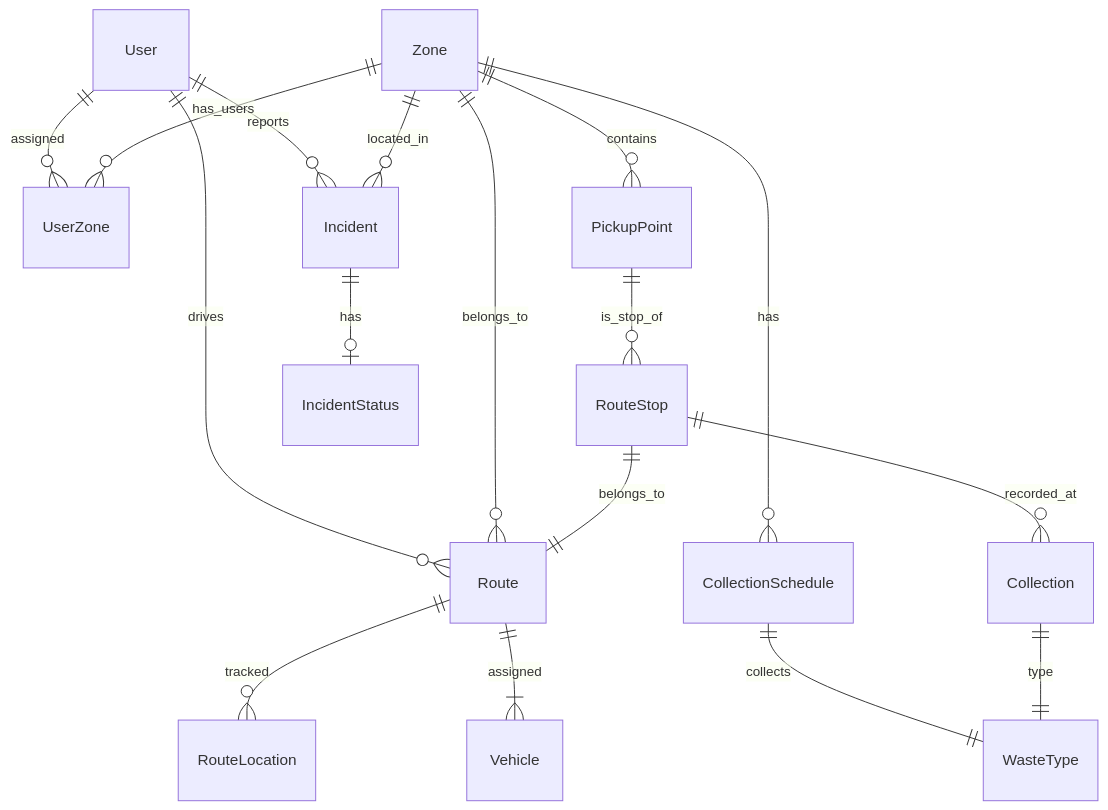
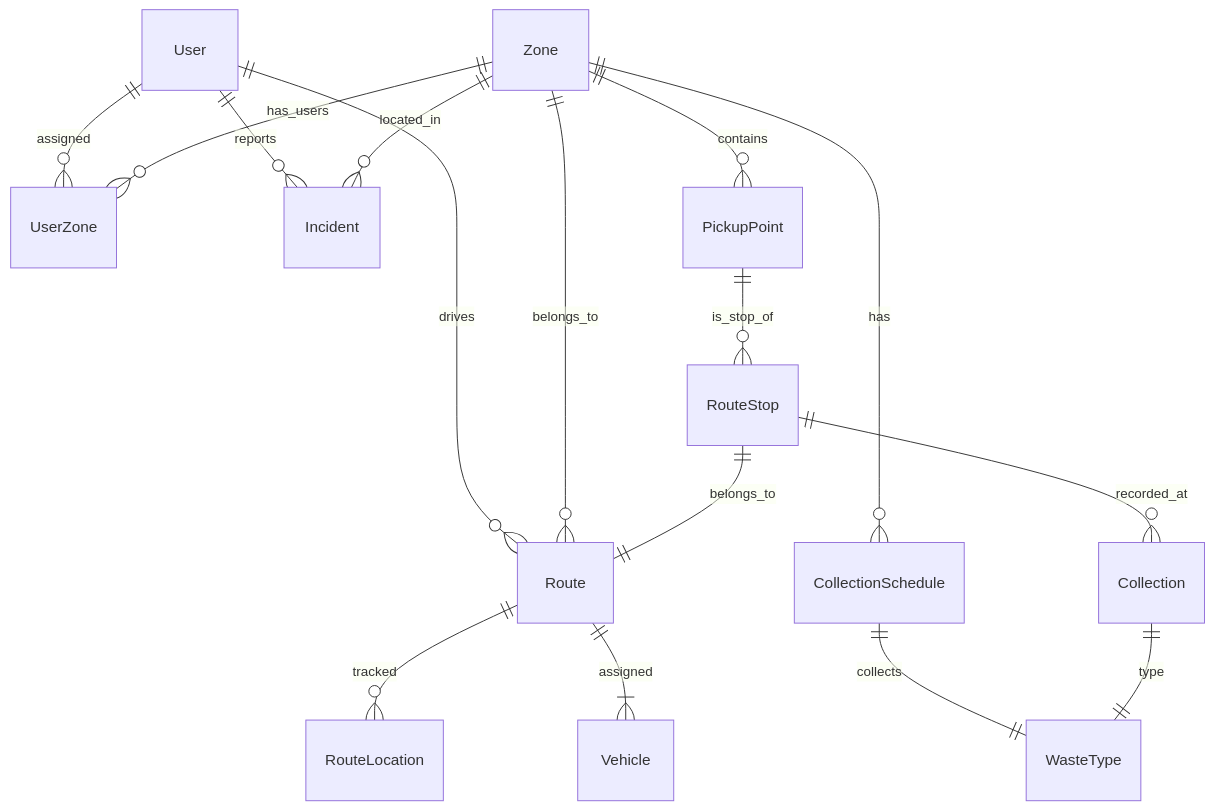
One commit to hectorDev2/EcoTrack-Cusco-unsaac changed the second of 2 diagrams in README.md. Above: the diagram before and after it, drawn with Mermaid. The commit also changed other lines of this file, not shown here.

````diff
--- a/README.md
+++ b/README.md
@@ -46,24 +46,22 @@
 ```mermaid
 erDiagram
     User ||--o{ UserZone : "assigned"
     User ||--o{ Route : "drives"
     User ||--o{ Incident : "reports"
 
     Zone ||--o{ UserZone : "has_users"
     Zone ||--o{ PickupPoint : "contains"
     Zone ||--o{ CollectionSchedule : "has"
     Zone ||--o{ Route : "belongs_to"
     Zone ||--o{ Incident : "located_in"
 
     PickupPoint ||--o{ RouteStop : "is_stop_of"
     RouteStop ||--|| Route : "belongs_to"
     RouteStop ||--o{ Collection : "recorded_at"
 
     Route ||--o{ RouteLocation : "tracked"
     Route ||--|{ Vehicle : "assigned"
 
     CollectionSchedule ||--|| WasteType : "collects"
     Collection ||--|| WasteType : "type"
-
-    Incident ||--o| IncidentStatus : "has"
 ```
````
